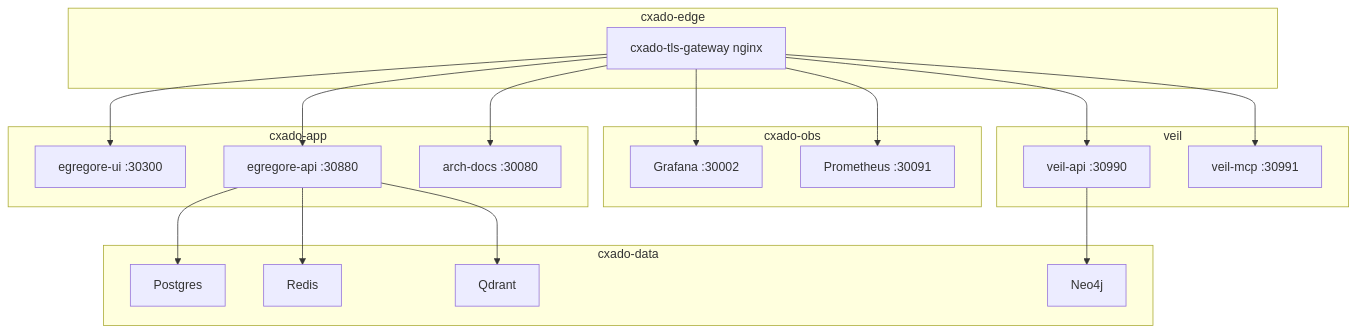
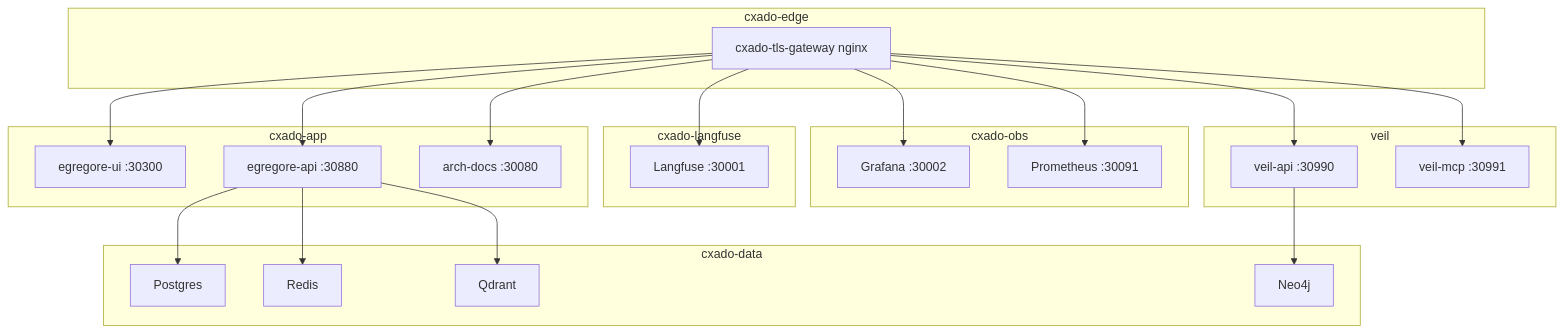
Before and after one commit to butbeautifulv/cxado: the diagram in docs/architecture-site/diagrams/k3s-topology.mmd, drawn with Mermaid. The commit also changed 173 other files, not shown here.

```diff
--- a/docs/architecture-site/diagrams/k3s-topology.mmd
+++ b/docs/architecture-site/diagrams/k3s-topology.mmd
@@ -1,39 +1,44 @@
 flowchart TB
   subgraph edge [cxado-edge]
     TLS[cxado-tls-gateway nginx]
   end
 
   subgraph app [cxado-app]
     EUI[egregore-ui :30300]
     EAPI[egregore-api :30880]
     Arch[arch-docs :30080]
   end
 
   subgraph data [cxado-data]
     PG[Postgres]
     Redis[Redis]
     Qdrant[Qdrant]
     Neo4j[Neo4j]
   end
 
   subgraph obs [cxado-obs]
     Graf[Grafana :30002]
     Prom[Prometheus :30091]
   end
 
+  subgraph langfuse_ns [cxado-langfuse]
+    LF[Langfuse :30001]
+  end
+
   subgraph veil_ns [veil]
     VAPI[veil-api :30990]
     VMCP[veil-mcp :30991]
   end
 
   TLS --> EUI
   TLS --> EAPI
   TLS --> Arch
   TLS --> Graf
   TLS --> Prom
+  TLS --> LF
   TLS --> VAPI
   TLS --> VMCP
   EAPI --> PG
   EAPI --> Redis
   EAPI --> Qdrant
   VAPI --> Neo4j
```
